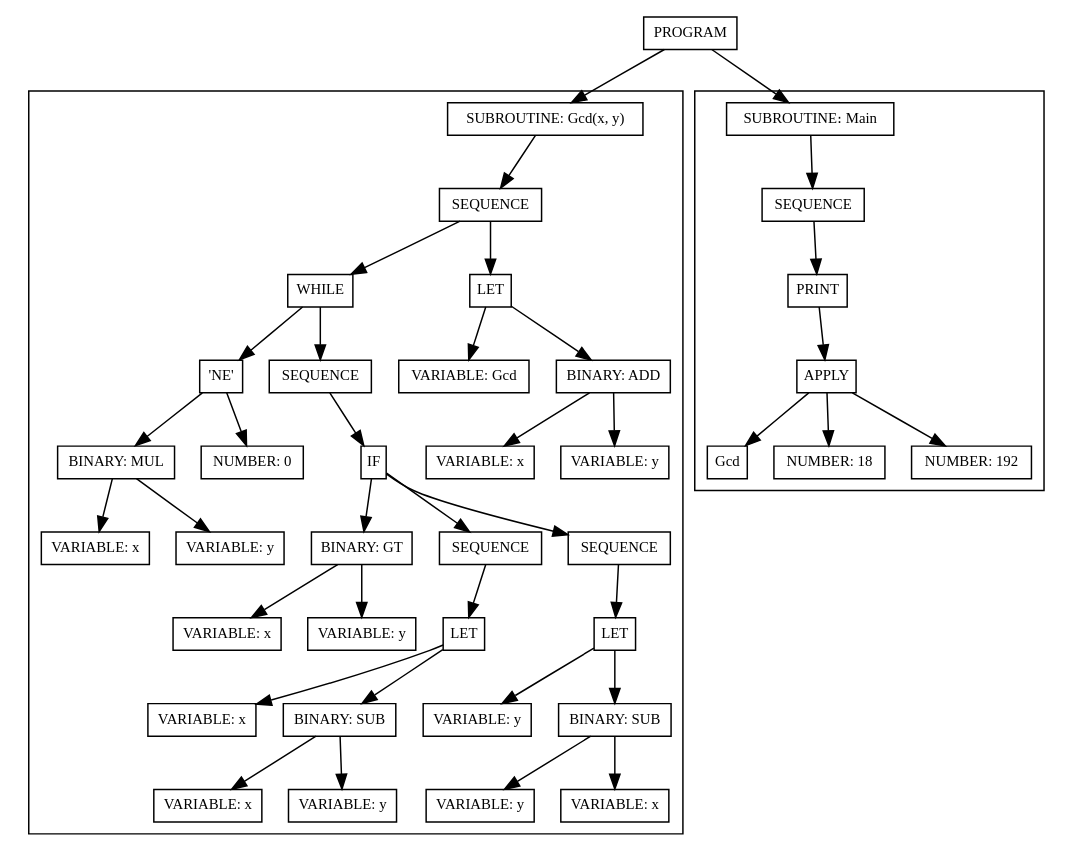
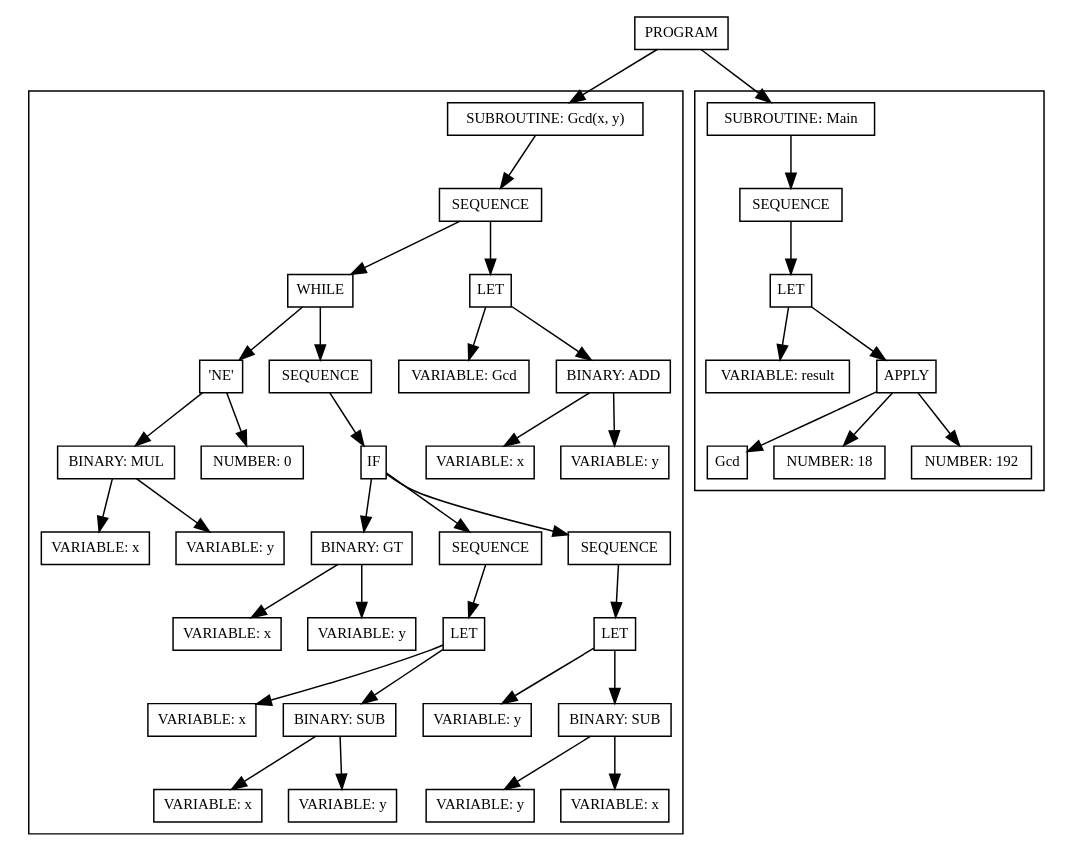
The diagram in book/basic-gcd-ast.dot (armenbadal/basic-ir), drawn with Graphviz before and after one commit. The commit also changed 42 other files, not shown here.

```diff
--- a/book/basic-gcd-ast.dot
+++ b/book/basic-gcd-ast.dot
@@ -1,85 +1,87 @@
 digraph G {
   node [fontsize=10, shape=box, width=0.2, height=0.3, margin=0.04, ordering=out]
   
   subgraph cluster_Gcd {
     astnode_30[label="SUBROUTINE: Gcd(x, y)"];
     astnode_30 -> astnode_29;
     astnode_1[label="VARIABLE: x"];
     astnode_2[label="VARIABLE: y"];
     astnode_3[label="BINARY: MUL"];
     astnode_3 -> astnode_1;
     astnode_3 -> astnode_2;
     astnode_4[label="NUMBER: 0"];
     astnode_5[label="'NE'"];
     astnode_5 -> astnode_3;
     astnode_5 -> astnode_4;
     astnode_6[label="VARIABLE: x"];
     astnode_7[label="VARIABLE: y"];
     astnode_8[label="BINARY: GT"];
     astnode_8 -> astnode_6;
     astnode_8 -> astnode_7;
     astnode_9[label="VARIABLE: x"];
     astnode_10[label="VARIABLE: x"];
     astnode_11[label="VARIABLE: y"];
     astnode_12[label="BINARY: SUB"];
     astnode_12 -> astnode_10;
     astnode_12 -> astnode_11;
     astnode_13[label="LET"];
     astnode_13 -> astnode_9;
     astnode_13 -> astnode_12;
     astnode_14[label="SEQUENCE"];
     astnode_14 -> astnode_13;
     astnode_15[label="VARIABLE: y"];
     astnode_16[label="VARIABLE: y"];
     astnode_17[label="VARIABLE: x"];
     astnode_18[label="BINARY: SUB"];
     astnode_18 -> astnode_16;
     astnode_18 -> astnode_17;
     astnode_19[label="LET"];
     astnode_19 -> astnode_15;
     astnode_19 -> astnode_18;
     astnode_20[label="SEQUENCE"];
     astnode_20 -> astnode_19;
     astnode_21[label="IF"];
     astnode_21 -> astnode_8;
     astnode_21 -> astnode_14;
     astnode_21 -> astnode_20;
     astnode_22[label="SEQUENCE"];
     astnode_22 -> astnode_21;
     astnode_23[label="WHILE"];
     astnode_23 -> astnode_5;
     astnode_23 -> astnode_22;
     astnode_24[label="VARIABLE: Gcd"];
     astnode_25[label="VARIABLE: x"];
     astnode_26[label="VARIABLE: y"];
     astnode_27[label="BINARY: ADD"];
     astnode_27 -> astnode_25;
     astnode_27 -> astnode_26;
     astnode_28[label="LET"];
     astnode_28 -> astnode_24;
     astnode_28 -> astnode_27;
     astnode_29[label="SEQUENCE"];
     astnode_29 -> astnode_23;
     astnode_29 -> astnode_28;
   }
 
   subgraph cluster_Main {
     astnode_37[label="SUBROUTINE։ Main"];
     astnode_37 -> astnode_36;
     astnode_31[label="NUMBER: 18"];
     astnode_32[label="NUMBER: 192"];
     astnode_33[label="APPLY"];
     astnode_34[label="Gcd"];
     astnode_33 -> astnode_34;
     astnode_33 -> astnode_31;
     astnode_33 -> astnode_32;
-    astnode_35[label="PRINT"];
+    astnode_39[label="VARIABLE: result"];
+    astnode_35[label="LET"];
+    astnode_35 -> astnode_39;
     astnode_35 -> astnode_33;
     astnode_36[label="SEQUENCE"];
     astnode_36 -> astnode_35;
   }
 
   astnode_38[label="PROGRAM"];
   astnode_38 -> astnode_30;
   astnode_38 -> astnode_37;
 }
```
